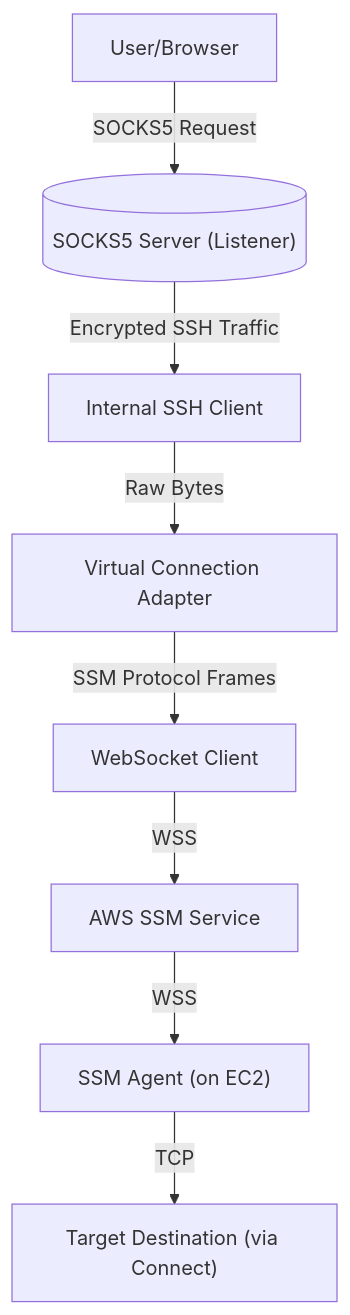
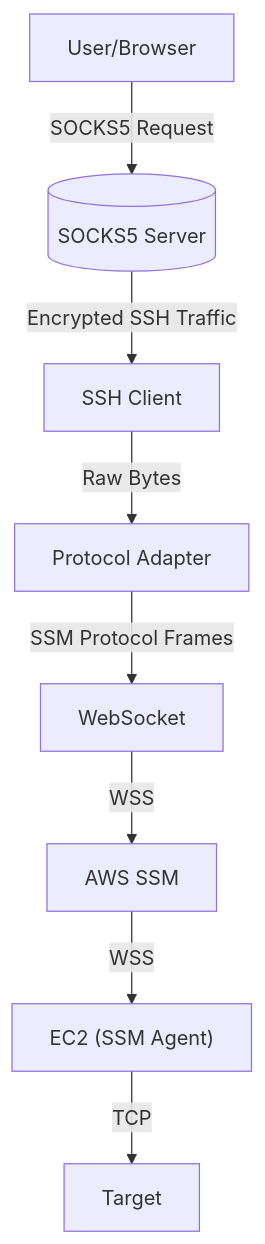
Before and after one commit to Hanschad/session-proxy: the first of 3 diagrams in docs/architecture.md, drawn with Mermaid. The commit also changed other lines of this file and 15 other files, not shown here.

````diff
--- a/docs/architecture.md
+++ b/docs/architecture.md
@@ -13,10 +17,10 @@
 ```mermaid
 graph TD
-    User["User/Browser"] -->|SOCKS5 Request| SocksServer[("SOCKS5 Server (Listener)")]
-    SocksServer -->|Encrypted SSH Traffic| SSHClient["Internal SSH Client"]
-    SSHClient -->|Raw Bytes| VirtConn["Virtual Connection Adapter"]
-    VirtConn -->|SSM Protocol Frames| WSClient["WebSocket Client"]
-    WSClient -->|WSS| AWSSSM["AWS SSM Service"]
-    AWSSSM -->|WSS| SSMAgent["SSM Agent (on EC2)"]
-    SSMAgent -->|TCP| TargetDest["Target Destination (via Connect)"]
+    User["User/Browser"] -->|SOCKS5 Request| SocksServer[("SOCKS5 Server")]
+    SocksServer -->|Encrypted SSH Traffic| SSHClient["SSH Client"]
+    SSHClient -->|Raw Bytes| VirtConn["Protocol Adapter"]
+    VirtConn -->|SSM Protocol Frames| WSClient["WebSocket"]
+    WSClient -->|WSS| AWSSSM["AWS SSM"]
+    AWSSSM -->|WSS| SSMAgent["EC2 (SSM Agent)"]
+    SSMAgent -->|TCP| TargetDest["Target"]
 ```
````
